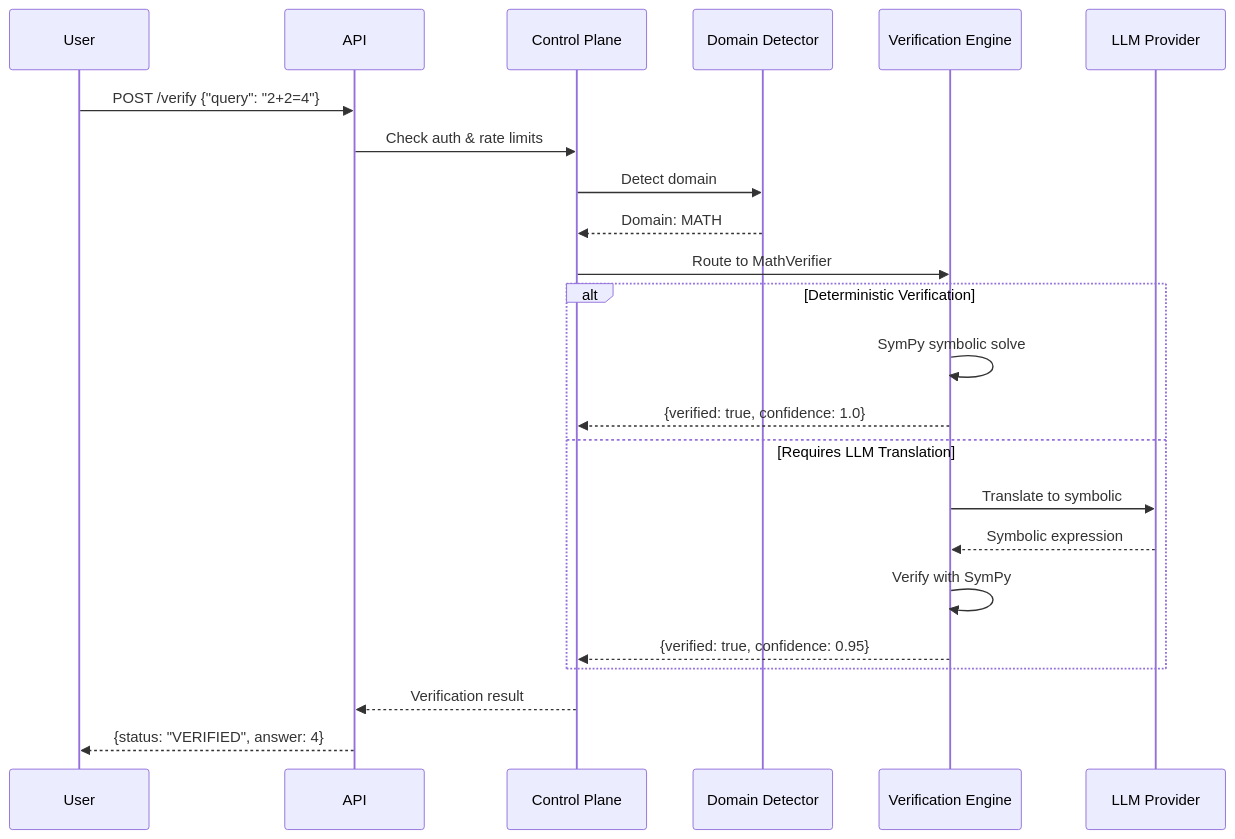
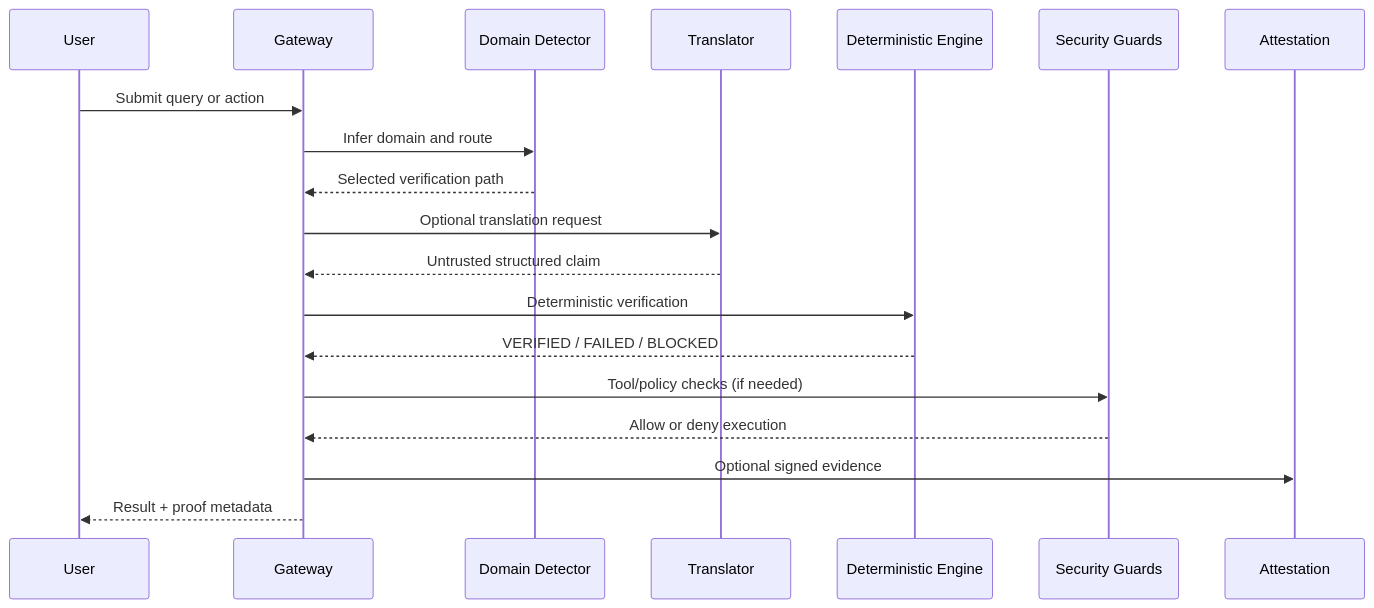
Before and after one commit to QWED-AI/docs: the second of 4 diagrams in advanced/architecture-diagrams.mdx, drawn with Mermaid. The commit also changed other lines of this file and 4 other files, not shown here.

Commit message:
Refactor docs IA and architecture content for clarity

````diff
--- a/advanced/architecture-diagrams.mdx
+++ b/advanced/architecture-diagrams.mdx
@@ -71,28 +80,22 @@
 ```mermaid
 sequenceDiagram
     participant User
-    participant API
-    participant Control as Control Plane
-    participant Detector as Domain Detector
-    participant Engine as Verification Engine
-    participant LLM as LLM Provider
-    
-    User->>API: POST /verify {"query": "2+2=4"}
-    API->>Control: Check auth & rate limits
-    Control->>Detector: Detect domain
-    Detector-->>Control: Domain: MATH
-    Control->>Engine: Route to MathVerifier
-    
-    alt Deterministic Verification
-        Engine->>Engine: SymPy symbolic solve
-        Engine-->>Control: {verified: true, confidence: 1.0}
-    else Requires LLM Translation
-        Engine->>LLM: Translate to symbolic
-        LLM-->>Engine: Symbolic expression
-        Engine->>Engine: Verify with SymPy
-        Engine-->>Control: {verified: true, confidence: 0.95}
-    end
-    
-    Control-->>API: Verification result
-    API-->>User: {status: "VERIFIED", answer: 4}
+    participant API as Gateway
+    participant Detect as Domain Detector
+    participant LLM as Translator
+    participant Engine as Deterministic Engine
+    participant Guard as Security Guards
+    participant Attest as Attestation
+
+    User->>API: Submit query or action
+    API->>Detect: Infer domain and route
+    Detect-->>API: Selected verification path
+    API->>LLM: Optional translation request
+    LLM-->>API: Untrusted structured claim
+    API->>Engine: Deterministic verification
+    Engine-->>API: VERIFIED / FAILED / BLOCKED
+    API->>Guard: Tool/policy checks (if needed)
+    Guard-->>API: Allow or deny execution
+    API->>Attest: Optional signed evidence
+    API-->>User: Result + proof metadata
 ```
````
